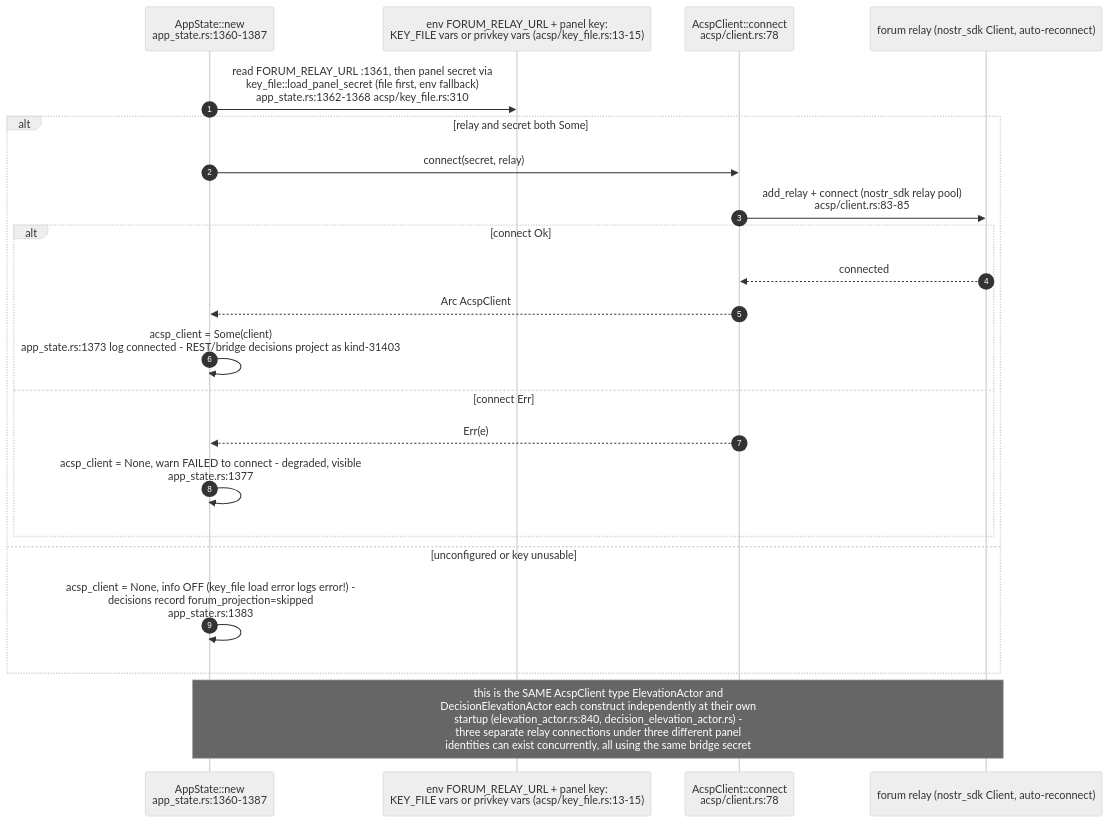
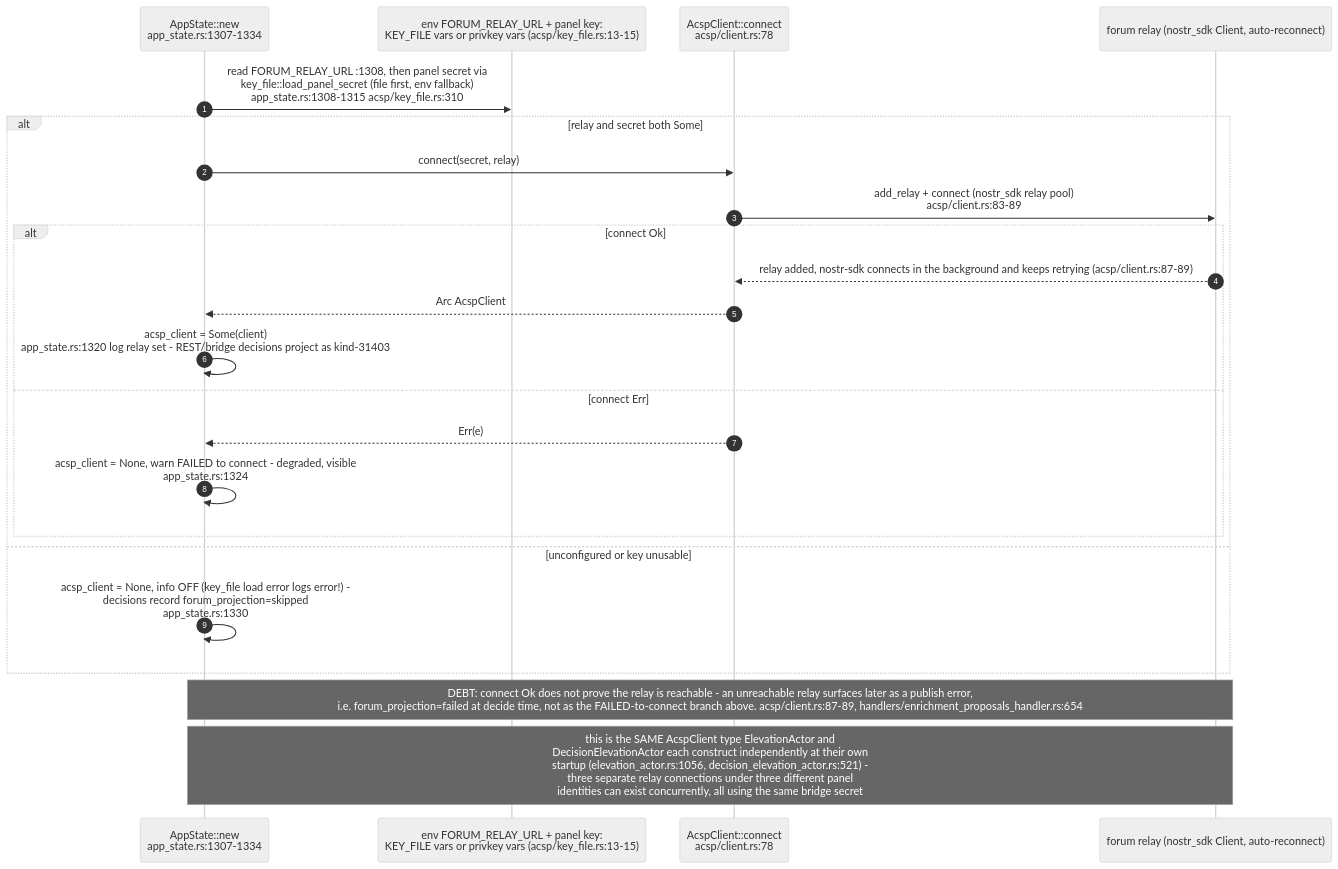
The tenth of 12 diagrams in docs/diagrams/visionclaw/24-acsp-decision-elevation.md (DreamLab-AI/VisionFlow), drawn with Mermaid (neutral theme) before and after one commit. The commit also changed other lines of this file and 160 other files, not shown here.

````diff
--- a/docs/diagrams/visionclaw/24-acsp-decision-elevation.md
+++ b/docs/diagrams/visionclaw/24-acsp-decision-elevation.md
@@ -367,24 +372,25 @@
 ```mermaid
 sequenceDiagram
     autonumber
-    participant BOOT as AppState::new<br/>app_state.rs:1360-1387
+    participant BOOT as AppState::new<br/>app_state.rs:1307-1334
     participant ENV as env FORUM_RELAY_URL + panel key:<br/>KEY_FILE vars or privkey vars (acsp/key_file.rs:13-15)
     participant ACSP as AcspClient::connect<br/>acsp/client.rs:78
     participant RELAY as forum relay (nostr_sdk Client, auto-reconnect)
-    BOOT->>ENV: read FORUM_RELAY_URL :1361, then panel secret via<br/>key_file::load_panel_secret (file first, env fallback)<br/>app_state.rs:1362-1368 acsp/key_file.rs:310
+    BOOT->>ENV: read FORUM_RELAY_URL :1308, then panel secret via<br/>key_file::load_panel_secret (file first, env fallback)<br/>app_state.rs:1308-1315 acsp/key_file.rs:310
     alt relay and secret both Some
         BOOT->>ACSP: connect(secret, relay)
-        ACSP->>RELAY: add_relay + connect (nostr_sdk relay pool)<br/>acsp/client.rs:83-85
+        ACSP->>RELAY: add_relay + connect (nostr_sdk relay pool)<br/>acsp/client.rs:83-89
         alt connect Ok
-            RELAY-->>ACSP: connected
+            RELAY-->>ACSP: relay added, nostr-sdk connects in the background and keeps retrying (acsp/client.rs:87-89)
             ACSP-->>BOOT: Arc AcspClient
-            BOOT->>BOOT: acsp_client = Some(client)<br/>app_state.rs:1373 log connected - REST/bridge decisions project as kind-31403
+            BOOT->>BOOT: acsp_client = Some(client)<br/>app_state.rs:1320 log relay set - REST/bridge decisions project as kind-31403
         else connect Err
             ACSP-->>BOOT: Err(e)
-            BOOT->>BOOT: acsp_client = None, warn FAILED to connect - degraded, visible<br/>app_state.rs:1377
+            BOOT->>BOOT: acsp_client = None, warn FAILED to connect - degraded, visible<br/>app_state.rs:1324
         end
     else unconfigured or key unusable
-        BOOT->>BOOT: acsp_client = None, info OFF (key_file load error logs error!) -<br/>decisions record forum_projection=skipped<br/>app_state.rs:1383
+        BOOT->>BOOT: acsp_client = None, info OFF (key_file load error logs error!) -<br/>decisions record forum_projection=skipped<br/>app_state.rs:1330
     end
-    Note over BOOT,RELAY: this is the SAME AcspClient type ElevationActor and<br/>DecisionElevationActor each construct independently at their own<br/>startup (elevation_actor.rs:840, decision_elevation_actor.rs) -<br/>three separate relay connections under three different panel<br/>identities can exist concurrently, all using the same bridge secret
+    Note over BOOT,RELAY: DEBT: connect Ok does not prove the relay is reachable - an unreachable relay surfaces later as a publish error,<br/>i.e. forum_projection=failed at decide time, not as the FAILED-to-connect branch above. acsp/client.rs:87-89, handlers/enrichment_proposals_handler.rs:654
+    Note over BOOT,RELAY: this is the SAME AcspClient type ElevationActor and<br/>DecisionElevationActor each construct independently at their own<br/>startup (elevation_actor.rs:1056, decision_elevation_actor.rs:521) -<br/>three separate relay connections under three different panel<br/>identities can exist concurrently, all using the same bridge secret
 ```
````
